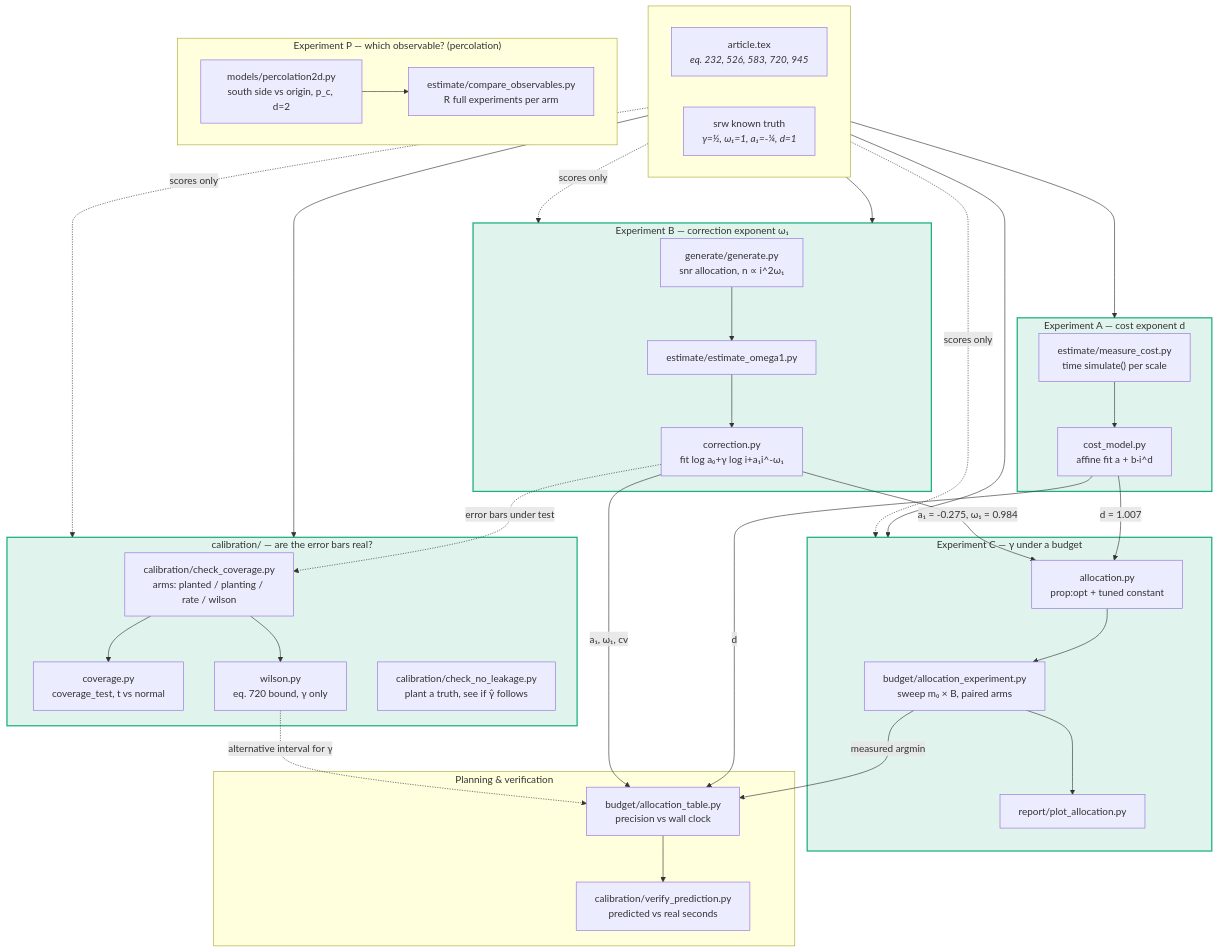
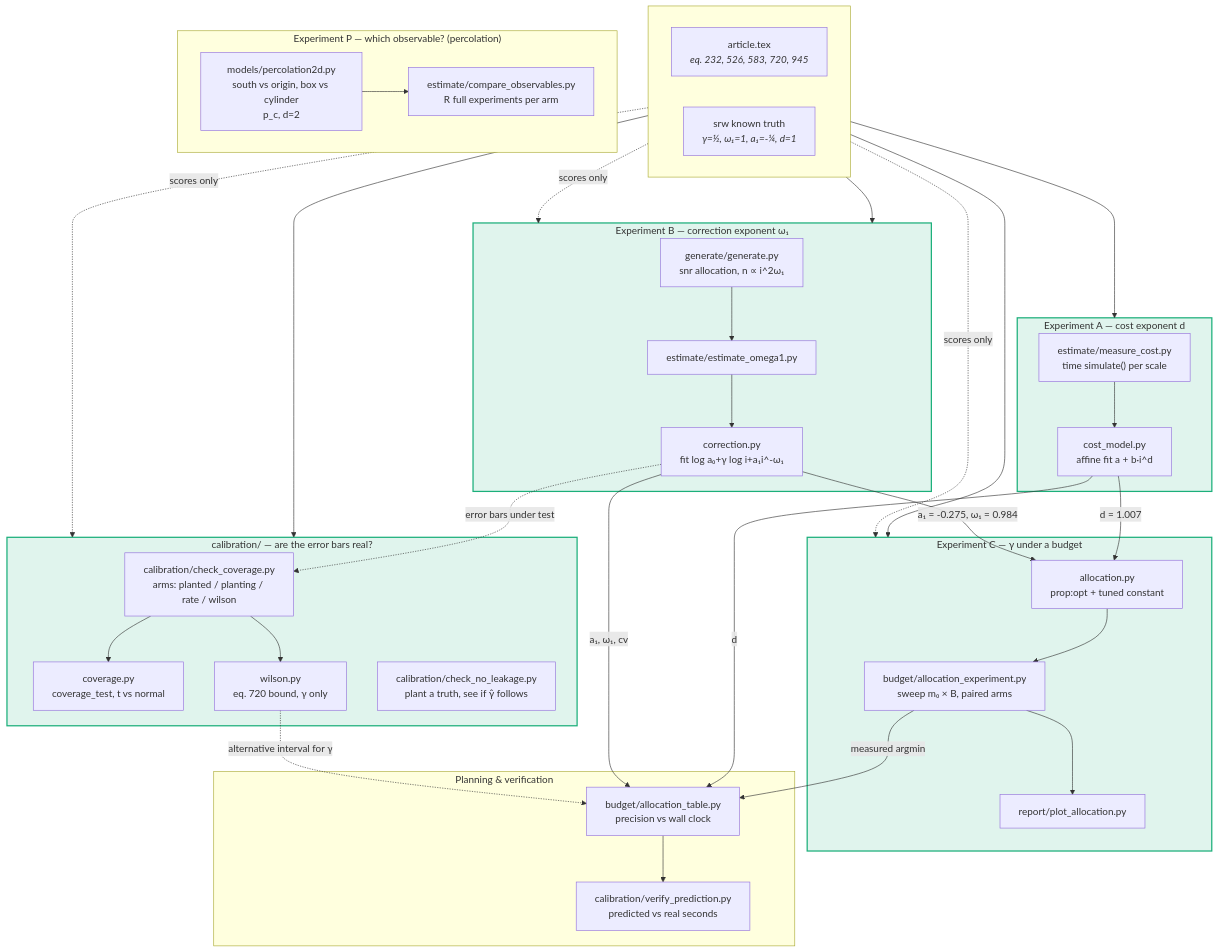
Before and after one commit to IgorSSBarbosa/loglog_validation: the diagram in CATALOG.md, drawn with Mermaid. The commit also changed 15 other files, not shown here.

````diff
--- a/CATALOG.md
+++ b/CATALOG.md
@@ -19,64 +19,64 @@
 ```mermaid
 flowchart TB
     subgraph inputs[" "]
         direction LR
         ART["article.tex<br/><i>eq. 232, 526, 583, 720, 945</i>"]
         TRUTH["srw known truth<br/><i>γ=½, ω₁=1, a₁=-¼, d=1</i>"]
     end
 
     subgraph expA["Experiment A — cost exponent d"]
         MC["estimate/measure_cost.py<br/>time simulate() per scale"]
         CM["cost_model.py<br/>affine fit a + b·i^d"]
         MC --> CM
     end
 
     subgraph expB["Experiment B — correction exponent ω₁"]
         GEN["generate/generate.py<br/>snr allocation, n ∝ i^2ω₁"]
         EO["estimate/estimate_omega1.py"]
         CORR["correction.py<br/>fit log a₀+γ log i+a₁i^-ω₁"]
         GEN --> EO --> CORR
     end
 
     subgraph expC["Experiment C — γ under a budget"]
         AE["budget/allocation_experiment.py<br/>sweep m₀ × B, paired arms"]
         ALLOC["allocation.py<br/>prop:opt + tuned constant"]
         PA["report/plot_allocation.py"]
         ALLOC --> AE --> PA
     end
 
     subgraph expP["Experiment P — which observable? (percolation)"]
         CO["estimate/compare_observables.py<br/>R full experiments per arm"]
-        P2D["models/percolation2d.py<br/>south side vs origin, p_c, d=2"]
+        P2D["models/percolation2d.py<br/>south vs origin, box vs cylinder<br/>p_c, d=2"]
         P2D --> CO
     end
 
     subgraph check["calibration/ — are the error bars real?"]
         CC["calibration/check_coverage.py<br/>arms: planted / planting / rate / wilson"]
         COV["coverage.py<br/>coverage_test, t vs normal"]
         WIL["wilson.py<br/>eq. 720 bound, γ only"]
         NL["calibration/check_no_leakage.py<br/>plant a truth, see if γ̂ follows"]
         CC --> COV
         CC --> WIL
     end
 
     subgraph plan["Planning & verification"]
         AT["budget/allocation_table.py<br/>precision vs wall clock"]
         VP["calibration/verify_prediction.py<br/>predicted vs real seconds"]
     end
 
     ART --> expA & expB & expC & check
     TRUTH -.scores only.-> expB & expC & check
 
     CM -- "d = 1.007" --> ALLOC
     CM -- d --> AT
     CORR -- "a₁ = -0.275, ω₁ = 0.984" --> ALLOC
     CORR -- a₁, ω₁, cv --> AT
     AE -- measured argmin --> AT
     AT --> VP
     CORR -.error bars under test.-> CC
     WIL -.alternative interval for γ.-> AT
 
     classDef done fill:#1baf7a22,stroke:#1baf7a,stroke-width:2px
     classDef todo fill:#eb683422,stroke:#eb6834,stroke-width:2px,stroke-dasharray:4 3
     class expA,expB,expC,check done
 ```
````
